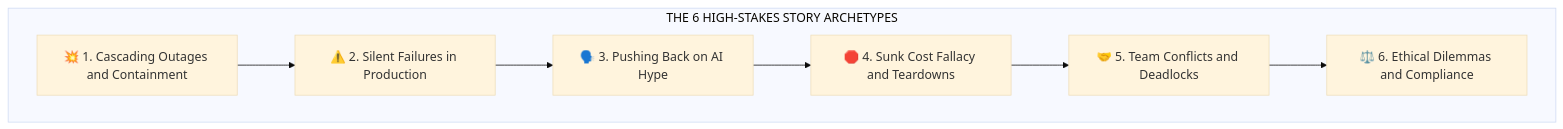
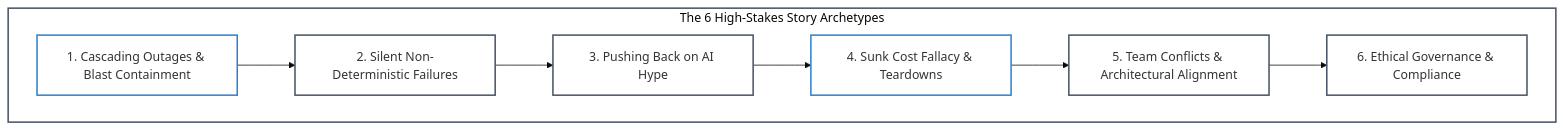
One commit to dip4k/senior-engineer-to-ai-engineer-roadmap changed the diagram in interview/high-stakes-behavioral-and-scenario-guide.md. Above: the diagram before and after it, drawn with Mermaid (base theme). The commit also changed other lines of this file and 49 other files, not shown here.

First line of the commit message:
feat(curriculum): complete 2026 refactoring across roadmaps, use-cases, labs, and agent-forge

````diff
--- a/interview/high-stakes-behavioral-and-scenario-guide.md
+++ b/interview/high-stakes-behavioral-and-scenario-guide.md
@@ -22,12 +22,17 @@
 ```mermaid
 flowchart TD
-    subgraph SixArchetypes["THE 6 HIGH-STAKES STORY ARCHETYPES"]
-        A1["💥 1. Cascading Outages and Containment"]
-        A2["⚠️ 2. Silent Failures in Production"]
-        A3["🗣️ 3. Pushing Back on AI Hype"]
-        A4["🛑 4. Sunk Cost Fallacy and Teardowns"]
-        A5["🤝 5. Team Conflicts and Deadlocks"]
-        A6["⚖️ 6. Ethical Dilemmas and Compliance"]
+    classDef default fill:none,stroke:#4a5568,stroke-width:2px;
+    classDef highlight fill:none,stroke:#3182ce,stroke-width:2px;
+
+    subgraph SixArchetypes ["The 6 High-Stakes Story Archetypes"]
+        A1["1. Cascading Outages & Blast Containment"]:::highlight
+        A2["2. Silent Non-Deterministic Failures"]:::default
+        A3["3. Pushing Back on AI Hype"]:::default
+        A4["4. Sunk Cost Fallacy & Teardowns"]:::highlight
+        A5["5. Team Conflicts & Architectural Alignment"]:::default
+        A6["6. Ethical Governance & Compliance"]:::default
         A1 --> A2 --> A3 --> A4 --> A5 --> A6
     end
+
+    style SixArchetypes fill:none,stroke:#4a5568,stroke-width:2px;
 ```
````
